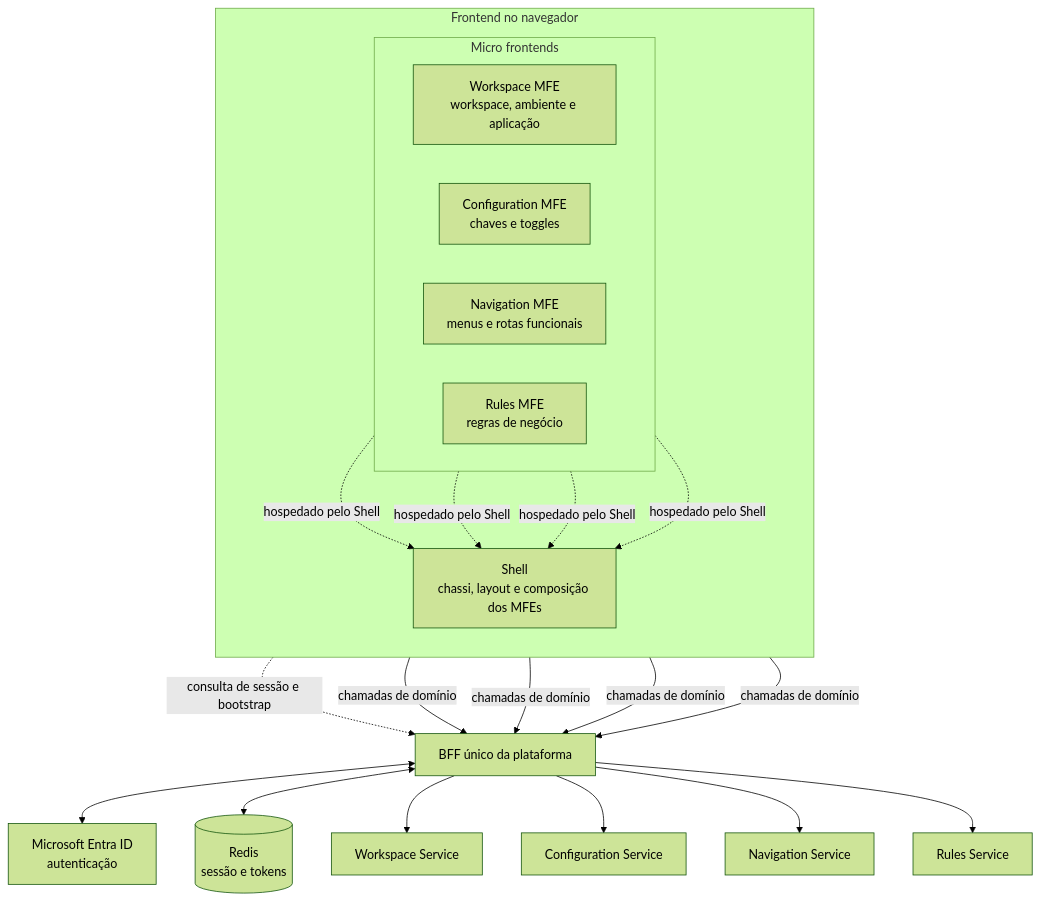
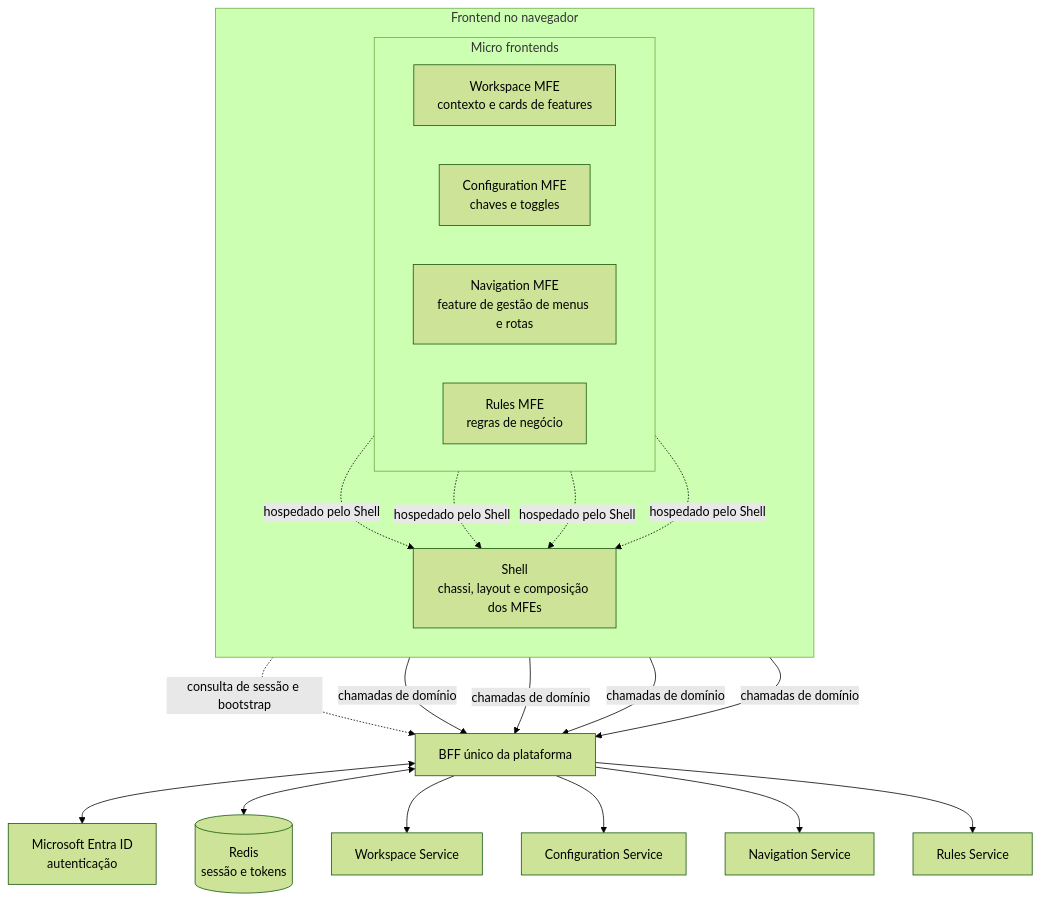
Before and after one commit to BrunoBS/guideline-java: the first of 4 diagrams in docs/refinamento/18-micro-frontends/apresentacao-visao-geral.md, drawn with Mermaid (forest theme). The commit also changed other lines of this file, not shown here.

Commit message:
docs: corrigir navegação por cards de features

```diff
--- a/docs/refinamento/18-micro-frontends/apresentacao-visao-geral.md
+++ b/docs/refinamento/18-micro-frontends/apresentacao-visao-geral.md
@@ -9,33 +9,33 @@
 ~~~mermaid
 flowchart TB
   subgraph FRONTEND["Frontend no navegador"]
     direction TB
     subgraph MFES["Micro frontends"]
       direction LR
-      WS["Workspace MFE<br/>workspace, ambiente e aplicação"]
+      WS["Workspace MFE<br/>contexto e cards de features"]
       CFG["Configuration MFE<br/>chaves e toggles"]
-      NAV["Navigation MFE<br/>menus e rotas funcionais"]
+      NAV["Navigation MFE<br/>feature de gestão de menus e rotas"]
       RULES["Rules MFE<br/>regras de negócio"]
     end
     SHELL["Shell<br/>chassi, layout e composição dos MFEs"]
   end
 
   WS -. "hospedado pelo Shell" .-> SHELL
   CFG -. "hospedado pelo Shell" .-> SHELL
   NAV -. "hospedado pelo Shell" .-> SHELL
   RULES -. "hospedado pelo Shell" .-> SHELL
 
   SHELL -. "consulta de sessão e bootstrap" .-> BFF["BFF único da plataforma"]
   WS -->|"chamadas de domínio"| BFF
   CFG -->|"chamadas de domínio"| BFF
   NAV -->|"chamadas de domínio"| BFF
   RULES -->|"chamadas de domínio"| BFF
 
   BFF <--> ENTRA["Microsoft Entra ID<br/>autenticação"]
   BFF <--> REDIS[("Redis<br/>sessão e tokens")]
 
   BFF --> WSAPI["Workspace Service"]
   BFF --> CFGAPI["Configuration Service"]
   BFF --> NAVAPI["Navigation Service"]
   BFF --> RULESAPI["Rules Service"]
 ~~~
```
